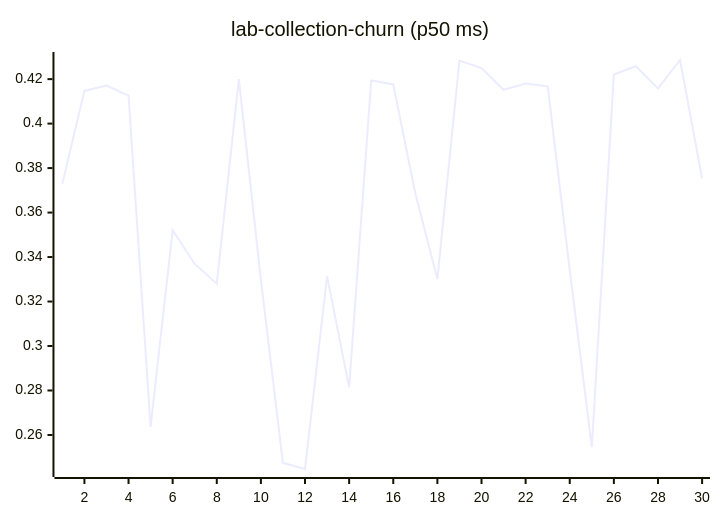
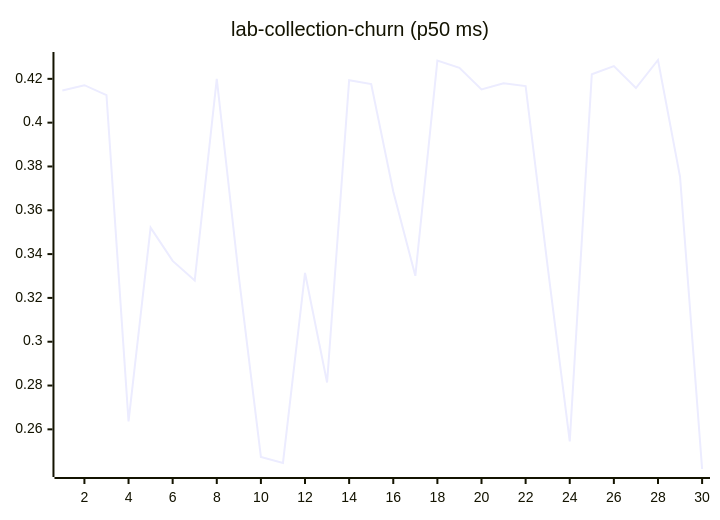
One commit to josha/Facet changed diagram 11 of 27 in README.md. Above: the diagram before and after it, drawn with Mermaid. The commit also changed other lines of this file and 2 other files, not shown here.

````diff
--- a/README.md
+++ b/README.md
@@ -133,6 +133,6 @@
 ```mermaid
 xychart-beta
     title "lab-collection-churn (p50 ms)"
     x-axis 1 --> 30
-    line [0.3730, 0.4147, 0.4171, 0.4126, 0.2636, 0.3521, 0.3369, 0.3280, 0.4200, 0.3297, 0.2474, 0.2447, 0.3314, 0.2814, 0.4194, 0.4176, 0.3686, 0.3301, 0.4283, 0.4250, 0.4152, 0.4180, 0.4167, 0.3342, 0.2545, 0.4221, 0.4258, 0.4158, 0.4286, 0.3753]
+    line [0.4147, 0.4171, 0.4126, 0.2636, 0.3521, 0.3369, 0.3280, 0.4200, 0.3297, 0.2474, 0.2447, 0.3314, 0.2814, 0.4194, 0.4176, 0.3686, 0.3301, 0.4283, 0.4250, 0.4152, 0.4180, 0.4167, 0.3342, 0.2545, 0.4221, 0.4258, 0.4158, 0.4286, 0.3753, 0.2419]
 ```
````
